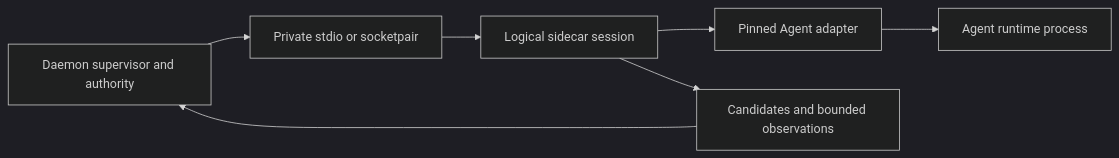
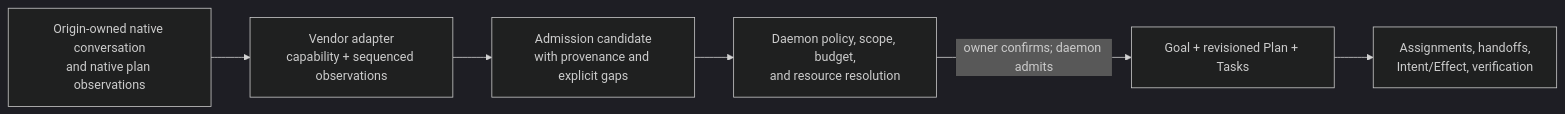
Before and after one commit to agentkernel/cognitive-os: the second of 2 diagrams in personal/docs/architecture/system-architecture.md, drawn with Mermaid (dark theme). The commit also changed other lines of this file and 123 other files, not shown here.

````diff
--- a/personal/docs/architecture/system-architecture.md
+++ b/personal/docs/architecture/system-architecture.md
@@ -204,9 +201,15 @@
 ```mermaid
 flowchart LR
-  daemonSupervisor["Daemon supervisor and authority"] --> privateTransport["Private stdio or socketpair"]
-  privateTransport --> sidecarSession["Logical sidecar session"]
-  sidecarSession --> adapterBoundary["Pinned Agent adapter"]
-  adapterBoundary --> agentRuntime["Agent runtime process"]
-  sidecarSession --> candidateStream["Candidates and bounded observations"]
-  candidateStream --> daemonSupervisor
+  native["Origin-owned native conversation\nand native plan observations"]
+  adapter["Vendor adapter\ncapability + sequenced observations"]
+  candidate["Admission candidate\nwith provenance and explicit gaps"]
+  preview["Daemon policy, scope, budget,\nand resource resolution"]
+  governed["Goal + revisioned Plan + Tasks"]
+  execute["Assignments, handoffs,\nIntent/Effect, verification"]
+
+  native --> adapter
+  adapter --> candidate
+  candidate --> preview
+  preview -->|"owner confirms; daemon admits"| governed
+  governed --> execute
 ```
````
